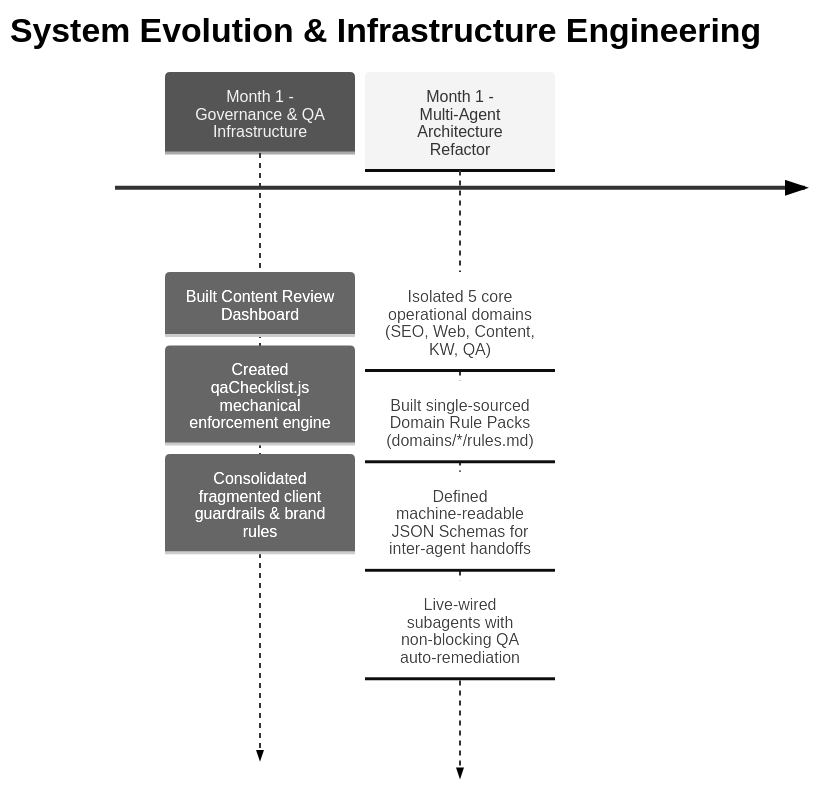
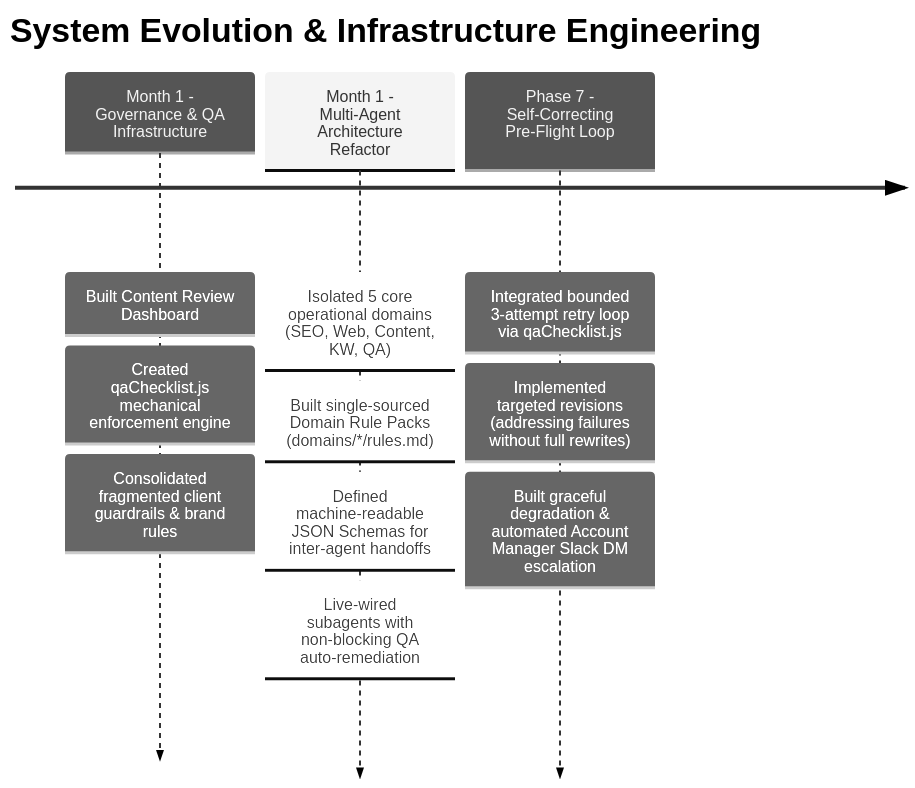
Before and after one commit to derickturner-hub/multi-agent-fulfillment-engine: the first of 2 diagrams in README.md, drawn with Mermaid (neutral theme). The commit also changed other lines of this file, not shown here.

First line of the commit message:
Update README with Executive Overview and Phase 7 details

````diff
--- a/README.md
+++ b/README.md
@@ -11,11 +19,14 @@
 ```mermaid
 timeline
     title System Evolution & Infrastructure Engineering
     Month 1 - Governance & QA Infrastructure : Built Content Review Dashboard
-                                             : Created qaChecklist.js mechanical enforcement engine
-                                             : Consolidated fragmented client guardrails & brand rules
+                                              : Created qaChecklist.js mechanical enforcement engine
+                                              : Consolidated fragmented client guardrails & brand rules
     Month 1 - Multi-Agent Architecture Refactor : Isolated 5 core operational domains (SEO, Web, Content, KW, QA)
                                                 : Built single-sourced Domain Rule Packs (domains/*/rules.md)
                                                 : Defined machine-readable JSON Schemas for inter-agent handoffs
                                                 : Live-wired subagents with non-blocking QA auto-remediation
+    Phase 7 - Self-Correcting Pre-Flight Loop   : Integrated bounded 3-attempt retry loop via qaChecklist.js
+                                                : Implemented targeted revisions (addressing failures without full rewrites)
+                                                : Built graceful degradation & automated Account Manager Slack DM escalation
 ```
````
